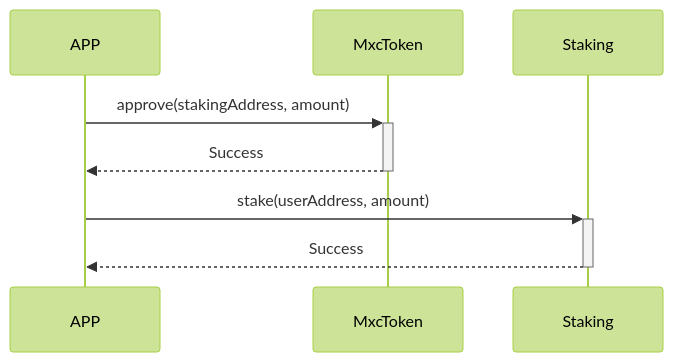
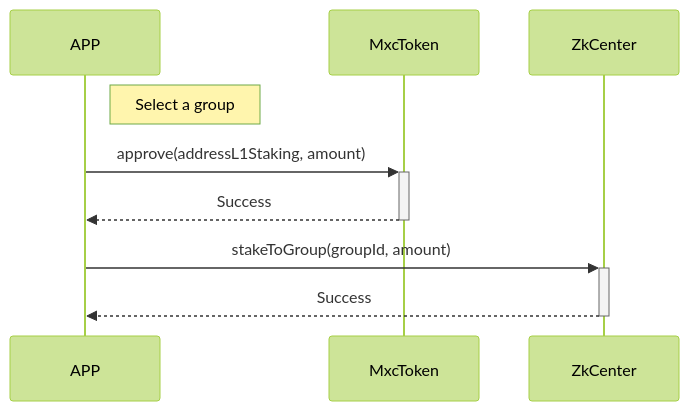
The third of 6 diagrams in docs/Moonchain-Design/zk.md (MXCzkEVM/Moonchain-Documentation), drawn with Mermaid (forest theme) before and after one commit. The commit also changed other lines of this file and 4 other files, not shown here.

Commit message:
Update the flow for miner registration and staking.

````diff
--- a/docs/Moonchain-Design/zk.md
+++ b/docs/Moonchain-Design/zk.md
@@ -142,7 +147,8 @@
 ```mermaid
 sequenceDiagram
-  APP->>+MxcToken: approve(stakingAddress, amount)
+  Note right of APP: Select a group
+  APP->>+MxcToken: approve(addressL1Staking, amount)
   MxcToken-->>-APP: Success
-  APP->>+Staking: stake(userAddress, amount)
-  Staking-->>-APP: Success
+  APP->>+ZkCenter: stakeToGroup(groupId, amount)
+  ZkCenter-->>-APP: Success
 ```
````
